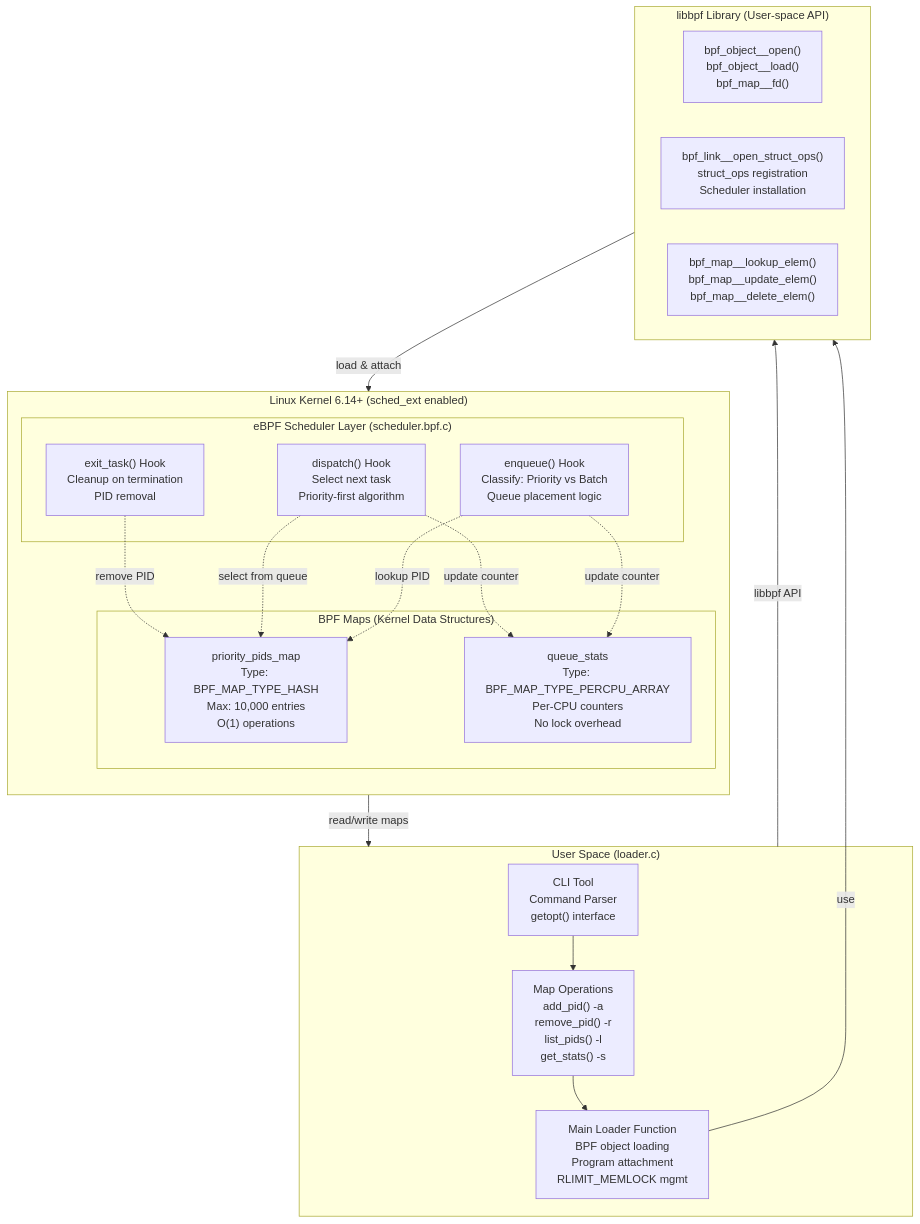
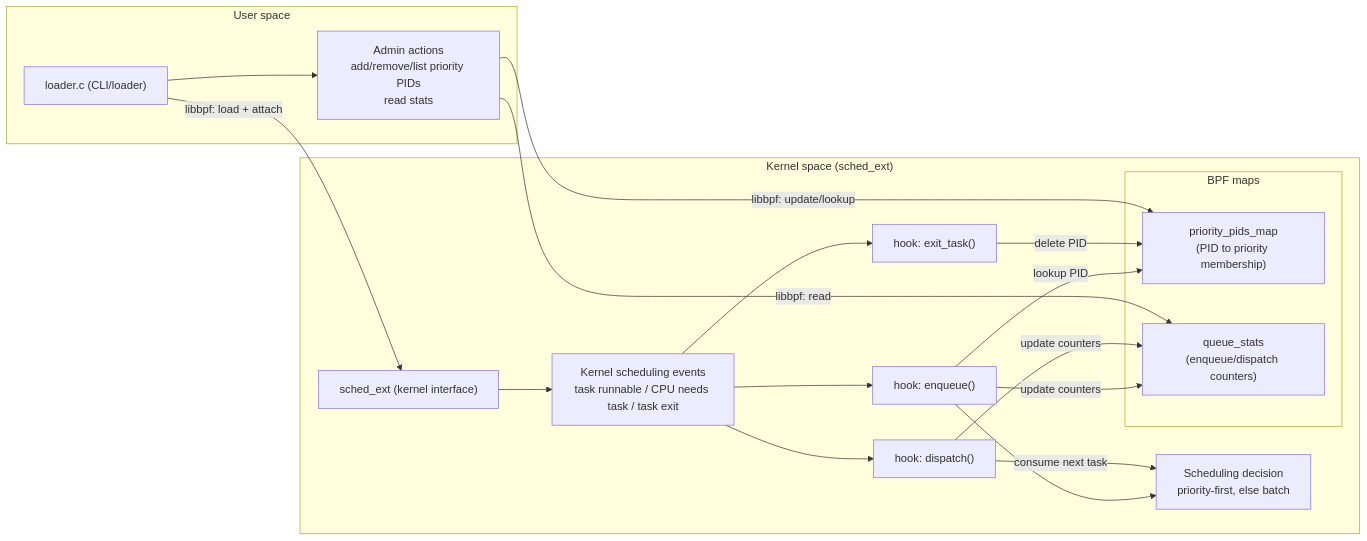
Before and after one commit to Dheeraj-2645/Priority-Based-Dual-Queue-eBPF-Scheduler: the first of 10 diagrams in report.md, drawn with Mermaid. The commit also changed other lines of this file, not shown here.

````diff
--- a/report.md
+++ b/report.md
@@ -44,42 +44,39 @@
 ```mermaid
-graph TB
-    subgraph Kernel["Linux Kernel 6.14+ (sched_ext enabled)"]
-        direction TB
-        
-        subgraph eBPF["eBPF Scheduler Layer (scheduler.bpf.c)"]
-            Enqueue["enqueue() Hook<br/>Classify: Priority vs Batch<br/>Queue placement logic"]
-            Dispatch["dispatch() Hook<br/>Select next task<br/>Priority-first algorithm"]
-            Exit["exit_task() Hook<br/>Cleanup on termination<br/>PID removal"]
-        end
-        
-        subgraph Maps["BPF Maps (Kernel Data Structures)"]
-            PriorityMap["priority_pids_map<br/>Type: BPF_MAP_TYPE_HASH<br/>Max: 10,000 entries<br/>O(1) operations"]
-            StatsMap["queue_stats<br/>Type: BPF_MAP_TYPE_PERCPU_ARRAY<br/>Per-CPU counters<br/>No lock overhead"]
-        end
-        
-        Enqueue -.->|lookup PID| PriorityMap
-        Dispatch -.->|select from queue| PriorityMap
-        Exit -.->|remove PID| PriorityMap
-        Enqueue -.->|update counter| StatsMap
-        Dispatch -.->|update counter| StatsMap
+flowchart LR
+  subgraph User["User space"]
+    Loader["loader.c (CLI/loader)"]
+    Admin["Admin actions<br/>add/remove/list priority PIDs<br/>read stats"]
+    Loader --> Admin
+  end
+
+  subgraph KernelSpace["Kernel space (sched_ext)"]
+    SchedExt["sched_ext (kernel interface)"]
+    Events["Kernel scheduling events<br/>task runnable / CPU needs task / task exit"]
+    Enq["hook: enqueue()"]
+    Dis["hook: dispatch()"]
+    Exit["hook: exit_task()"]
+    subgraph Maps["BPF maps"]
+      PMap["priority_pids_map<br/>(PID to priority membership)"]
+      SMap["queue_stats<br/>(enqueue/dispatch counters)"]
     end
-    
-    subgraph UserSpace["User Space (loader.c)"]
-        CLI["CLI Tool<br/>Command Parser<br/>getopt() interface"]
-        Operations["Map Operations<br/>add_pid() -a<br/>remove_pid() -r<br/>list_pids() -l<br/>get_stats() -s"]
-        LoaderMain["Main Loader Function<br/>BPF object loading<br/>Program attachment<br/>RLIMIT_MEMLOCK mgmt"]
-    end
-    
-    subgraph libbpf["libbpf Library (User-space API)"]
-        Loading["bpf_object__open()<br/>bpf_object__load()<br/>bpf_map__fd()"]
-        Attachment["bpf_link__open_struct_ops()<br/>struct_ops registration<br/>Scheduler installation"]
-        Maps2["bpf_map__lookup_elem()<br/>bpf_map__update_elem()<br/>bpf_map__delete_elem()"]
-    end
-    
-    Kernel -->|read/write maps| UserSpace
-    UserSpace -->|libbpf API| libbpf
-    libbpf -->|load & attach| Kernel
-    CLI --> Operations
-    Operations --> LoaderMain
-    LoaderMain -->|use| libbpf
+    Decision["Scheduling decision<br/>priority-first, else batch"]
+
+    SchedExt --> Events
+    Events --> Enq
+    Events --> Dis
+    Events --> Exit
+
+    Enq -->|lookup PID| PMap
+    Enq -->|update counters| SMap
+    Enq --> Decision
+
+    Dis -->|consume next task| Decision
+    Dis -->|update counters| SMap
+
+    Exit -->|delete PID| PMap
+  end
+
+  Admin -->|libbpf: update/lookup| PMap
+  Admin -->|libbpf: read| SMap
+  Loader -->|libbpf: load + attach| SchedExt
 ```
````
